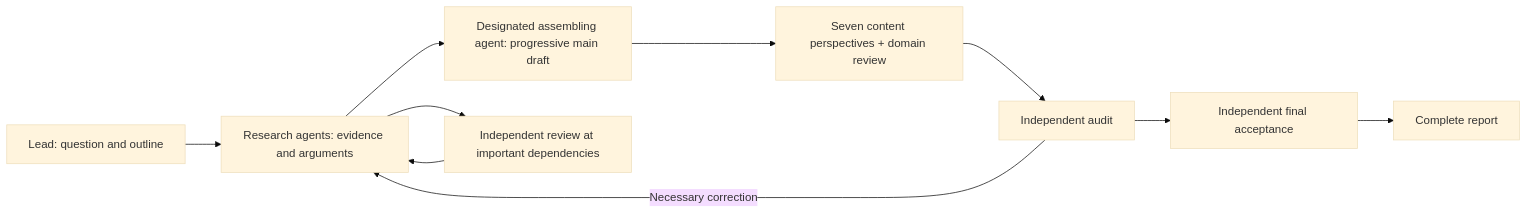
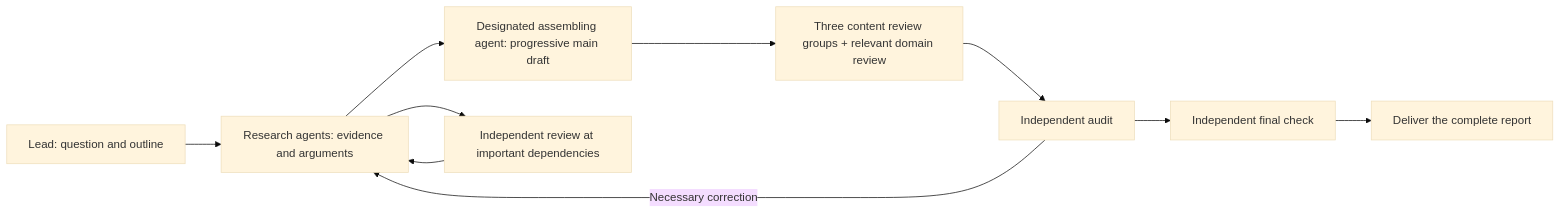
Before and after one commit to rrrrrredy/research-toolkit: the diagram in README.md, drawn with Mermaid (base theme). The commit also changed other lines of this file and 100 other files, not shown here.

First line of the commit message:
Run independent research review through final delivery (#156)

````diff
--- a/README.md
+++ b/README.md
@@ -26,12 +28,12 @@
 ```mermaid
 flowchart LR
   L[Lead: question and outline] --> R[Research agents: evidence and arguments]
   R --> W[Designated assembling agent: progressive main draft]
   R --> U[Independent review at important dependencies]
   U --> R
-  W --> V[Seven content perspectives + domain review]
+  W --> V[Three content review groups + relevant domain review]
   V --> A[Independent audit]
-  A --> F[Independent final acceptance]
+  A --> F[Independent final check]
   A -->|Necessary correction| R
-  F --> D[Complete report]
+  F --> D[Deliver the complete report]
 ```
````
